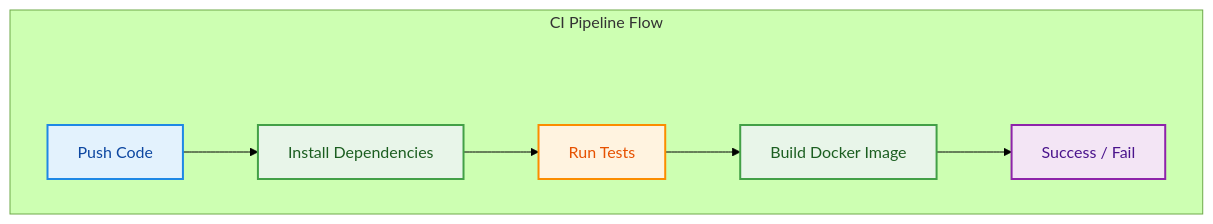
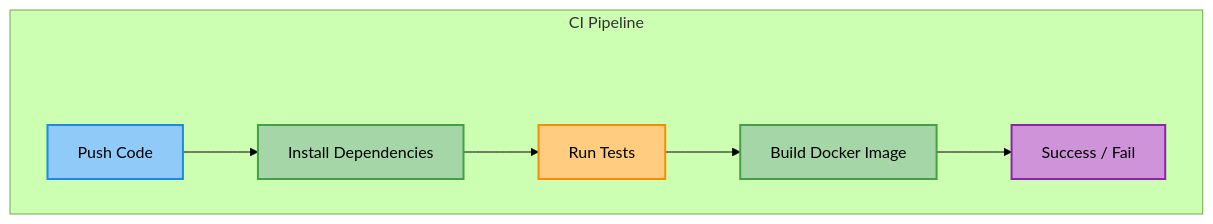
The fifth of 6 diagrams in Readme.md (MugundhanSM/cats-dogs-mlops), drawn with Mermaid (forest theme) before and after one commit. The commit also changed other lines of this file, not shown here.

````diff
--- a/Readme.md
+++ b/Readme.md
@@ -620,28 +622,29 @@
 ```mermaid
 flowchart LR
 
 %% ---------- STYLES ----------
-classDef source fill:#E3F2FD,stroke:#1E88E5,stroke-width:2,color:#0D47A1;
-classDef build fill:#E8F5E9,stroke:#43A047,stroke-width:2,color:#1B5E20;
-classDef test fill:#FFF3E0,stroke:#FB8C00,stroke-width:2,color:#E65100;
-classDef output fill:#F3E5F5,stroke:#8E24AA,stroke-width:2,color:#4A148C;
+classDef source fill:#90CAF9,stroke:#1E88E5,stroke-width:2px,color:#000;
+classDef build fill:#A5D6A7,stroke:#43A047,stroke-width:2px,color:#000;
+classDef test fill:#FFCC80,stroke:#FB8C00,stroke-width:2px,color:#000;
+classDef output fill:#CE93D8,stroke:#8E24AA,stroke-width:2px,color:#000;
 classDef spacer fill:none,stroke:none,color:none;
 
 %% ---------- CI PIPELINE ----------
-subgraph CI["CI Pipeline Flow"]
+subgraph CI["CI Pipeline"]
 direction LR
 S1[" "]:::spacer
 
 A[Push Code] --> B[Install Dependencies]
 B --> C[Run Tests]
 C --> D[Build Docker Image]
 D --> E[Success / Fail]
 
 end
 
 %% ---------- CLASS ASSIGNMENT ----------
 class A source;
 class B,D build;
 class C test;
 class E output;
+class S1 spacer;
 ```
````
